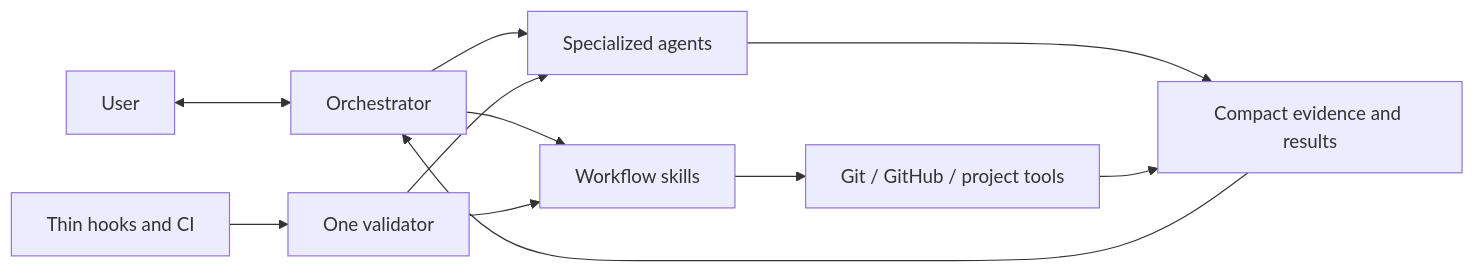
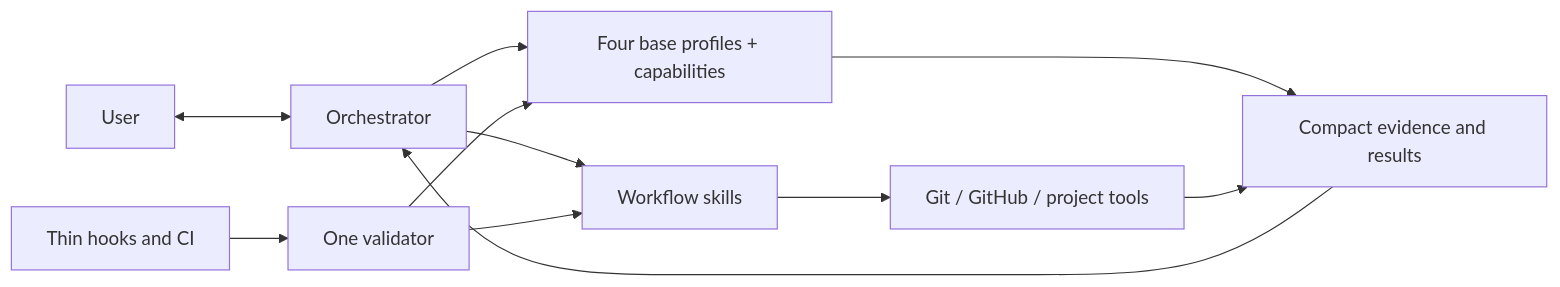
Before and after one commit to FranciscoJSBarragan/Orchestra: the diagram in docs/ARCHITECTURE.md, drawn with Mermaid. The commit also changed other lines of this file and 5 other files, not shown here.

````diff
--- a/docs/ARCHITECTURE.md
+++ b/docs/ARCHITECTURE.md
@@ -8,13 +8,13 @@
 ```mermaid
 flowchart LR
     U["User"] <--> O["Orchestrator"]
-    O --> A["Specialized agents"]
+    O --> A["Four base profiles + capabilities"]
     O --> W["Workflow skills"]
     W --> G["Git / GitHub / project tools"]
     A --> E["Compact evidence and results"]
     G --> E
     E --> O
     V["One validator"] --> W
     V --> A
     H["Thin hooks and CI"] --> V
 ```
````
